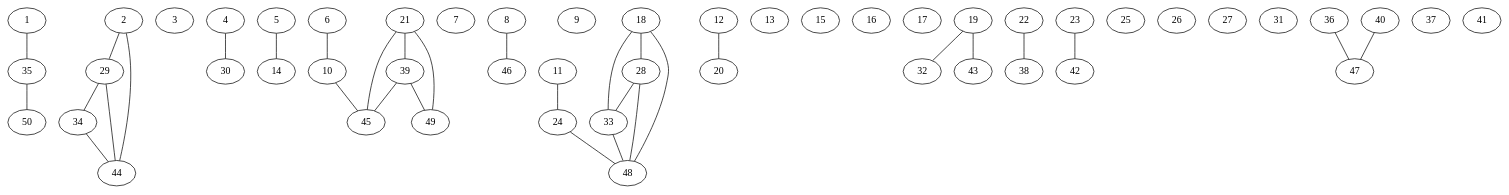
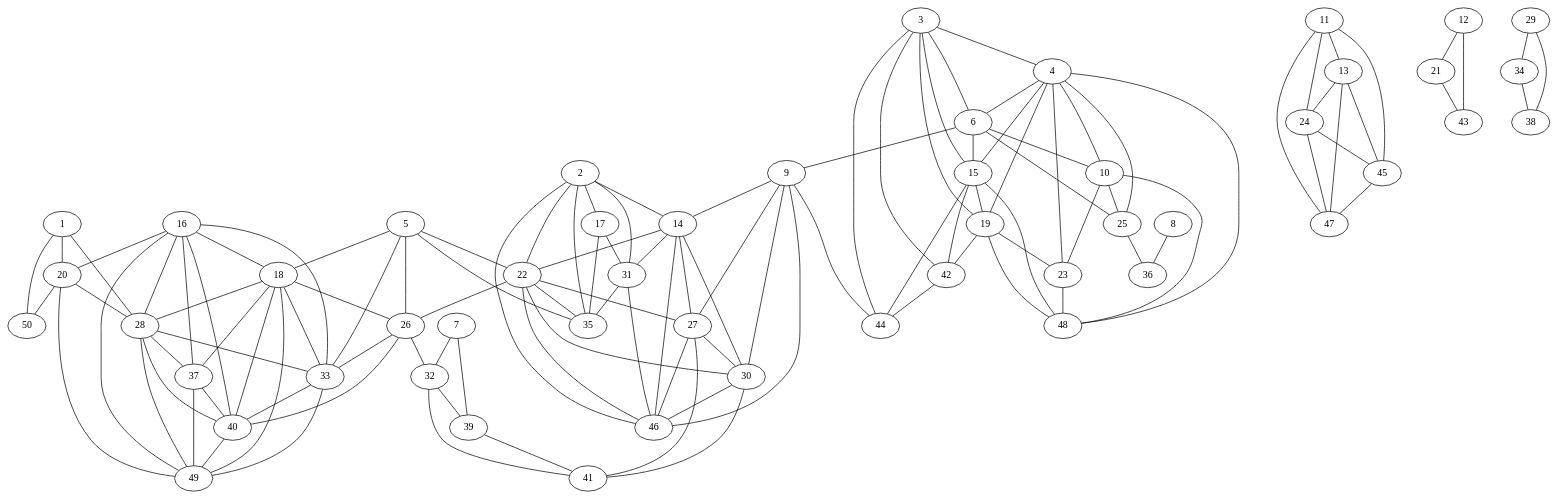
The diagram in proyecto_1/archivos_graphviz/grafo_geografico_50_nodos.dot (ElvisTech007/proyectos_DAA), drawn with Graphviz before and after one commit. The commit also changed 40 other files, not shown here.

```diff
--- a/proyecto_1/archivos_graphviz/grafo_geografico_50_nodos.dot
+++ b/proyecto_1/archivos_graphviz/grafo_geografico_50_nodos.dot
@@ -1,84 +1,170 @@
 graph G_1 {
     1;
     2;
     3;
     4;
     5;
     6;
     7;
     8;
     9;
     10;
     11;
     12;
     13;
     14;
     15;
     16;
     17;
     18;
     19;
     20;
     21;
     22;
     23;
     24;
     25;
     26;
     27;
     28;
     29;
     30;
     31;
     32;
     33;
     34;
     35;
     36;
     37;
     38;
     39;
     40;
     41;
     42;
     43;
     44;
     45;
     46;
     47;
     48;
     49;
     50;
-    1 -- 35;
-    2 -- 29;
-    2 -- 44;
-    4 -- 30;
-    5 -- 14;
+    1 -- 20;
+    1 -- 28;
+    1 -- 50;
+    2 -- 14;
+    2 -- 17;
+    2 -- 22;
+    2 -- 31;
+    2 -- 35;
+    2 -- 46;
+    3 -- 4;
+    3 -- 6;
+    3 -- 15;
+    3 -- 19;
+    3 -- 42;
+    3 -- 44;
+    4 -- 6;
+    4 -- 10;
+    4 -- 15;
+    4 -- 19;
+    4 -- 23;
+    4 -- 25;
+    4 -- 48;
+    5 -- 18;
+    5 -- 22;
+    5 -- 26;
+    5 -- 33;
+    5 -- 35;
+    6 -- 9;
     6 -- 10;
-    8 -- 46;
-    10 -- 45;
+    6 -- 15;
+    6 -- 25;
+    7 -- 32;
+    7 -- 39;
+    8 -- 36;
+    9 -- 14;
+    9 -- 27;
+    9 -- 30;
+    9 -- 44;
+    9 -- 46;
+    10 -- 23;
+    10 -- 25;
+    10 -- 48;
+    11 -- 13;
     11 -- 24;
-    12 -- 20;
+    11 -- 45;
+    11 -- 47;
+    12 -- 21;
+    12 -- 43;
+    13 -- 24;
+    13 -- 45;
+    13 -- 47;
+    14 -- 22;
+    14 -- 27;
+    14 -- 30;
+    14 -- 31;
+    14 -- 46;
+    15 -- 19;
+    15 -- 42;
+    15 -- 44;
+    15 -- 48;
+    16 -- 18;
+    16 -- 20;
+    16 -- 28;
+    16 -- 33;
+    16 -- 37;
+    16 -- 40;
+    16 -- 49;
+    17 -- 31;
+    17 -- 35;
+    18 -- 26;
     18 -- 28;
     18 -- 33;
-    18 -- 48;
-    19 -- 32;
-    19 -- 43;
-    21 -- 39;
-    21 -- 45;
-    21 -- 49;
-    22 -- 38;
-    23 -- 42;
-    24 -- 48;
+    18 -- 37;
+    18 -- 40;
+    18 -- 49;
+    19 -- 23;
+    19 -- 42;
+    19 -- 48;
+    20 -- 28;
+    20 -- 49;
+    20 -- 50;
+    21 -- 43;
+    22 -- 26;
+    22 -- 27;
+    22 -- 30;
+    22 -- 35;
+    22 -- 46;
+    23 -- 48;
+    24 -- 45;
+    24 -- 47;
+    25 -- 36;
+    26 -- 32;
+    26 -- 33;
+    26 -- 40;
+    27 -- 30;
+    27 -- 41;
+    27 -- 46;
     28 -- 33;
-    28 -- 48;
+    28 -- 37;
+    28 -- 40;
+    28 -- 49;
     29 -- 34;
-    29 -- 44;
-    33 -- 48;
-    34 -- 44;
-    35 -- 50;
-    36 -- 47;
-    39 -- 45;
-    39 -- 49;
-    40 -- 47;
+    29 -- 38;
+    30 -- 41;
+    30 -- 46;
+    31 -- 35;
+    31 -- 46;
+    32 -- 39;
+    32 -- 41;
+    33 -- 40;
+    33 -- 49;
+    34 -- 38;
+    37 -- 40;
+    37 -- 49;
+    39 -- 41;
+    40 -- 49;
+    42 -- 44;
+    45 -- 47;
 }
```
